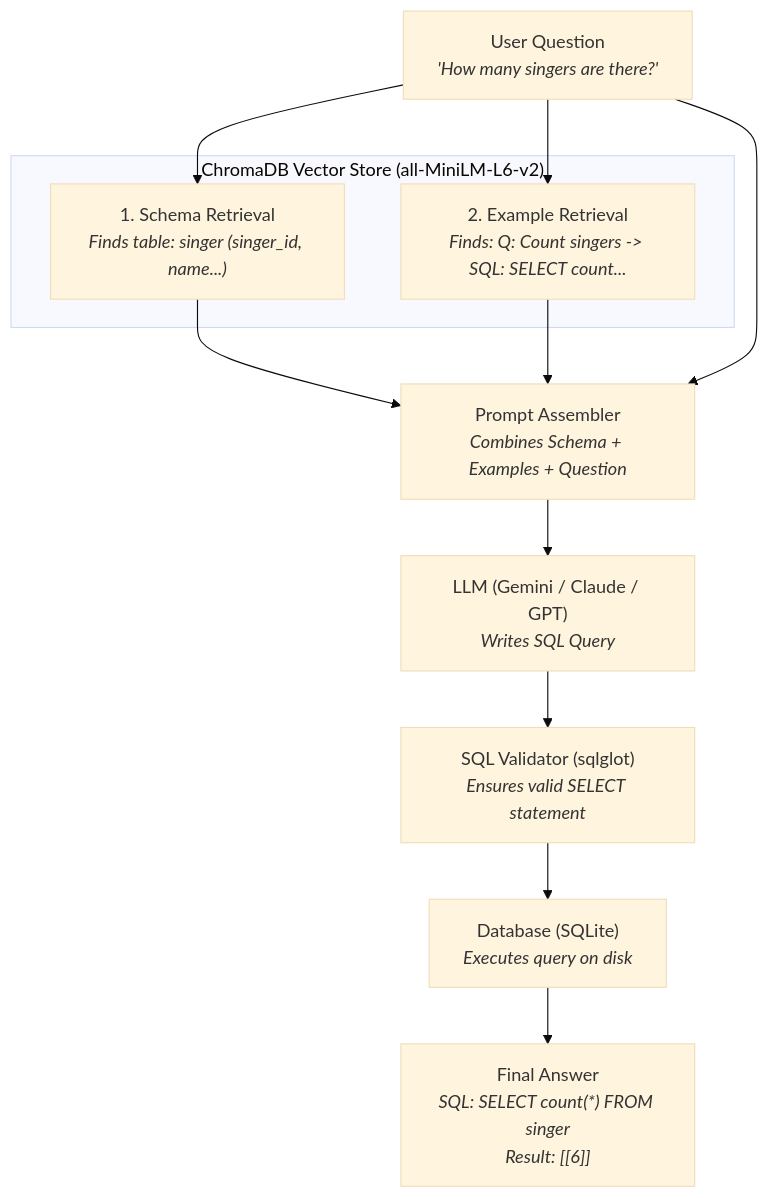
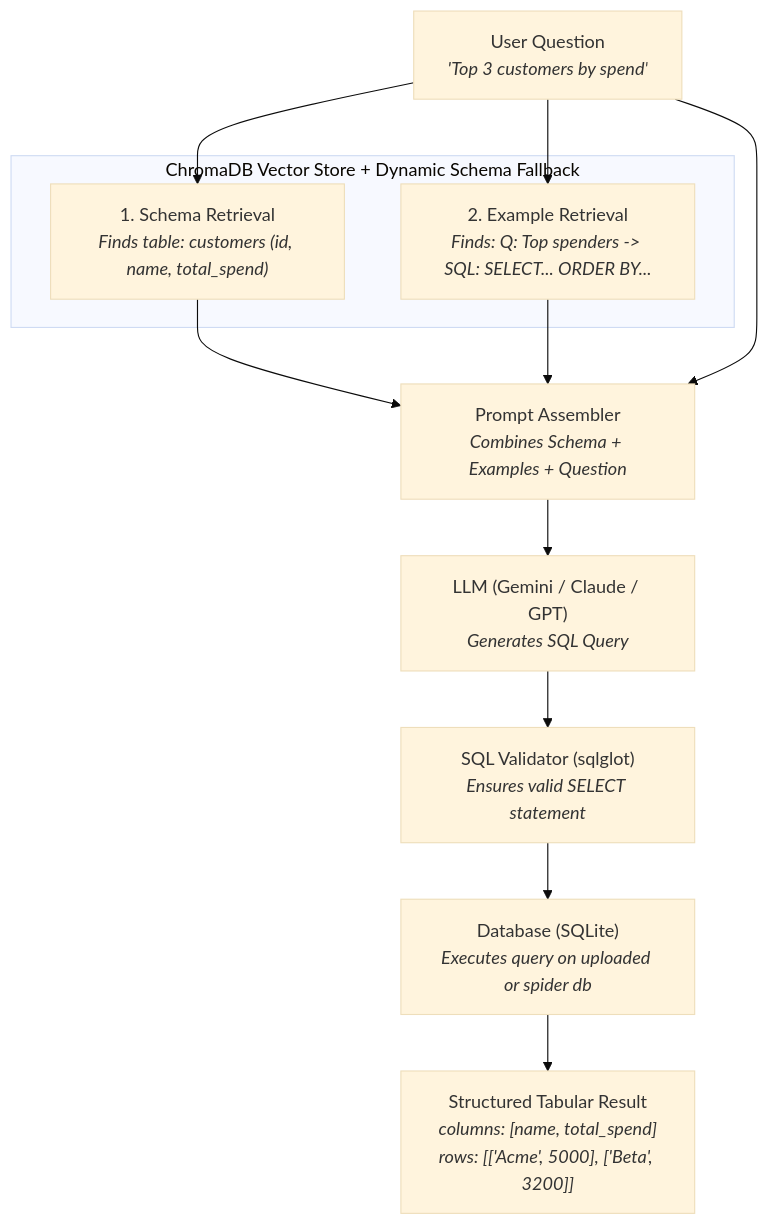
One commit to OmeshGupta123/DataPilot-AI-AI-Powered-Text-to-SQL-Assistant changed the diagram in README.md. Above: the diagram before and after it, drawn with Mermaid (base theme). The commit also changed other lines of this file and 37 other files, not shown here.

Commit message:
feat: add table file upload ingestion, structured query output, and frontend setup

````diff
--- a/README.md
+++ b/README.md
@@ -38,25 +55,25 @@
 ```mermaid
 flowchart TD
-    UserQuestion["User Question<br><i>'How many singers are there?'</i>"]
+    UserQuestion["User Question<br><i>'Top 3 customers by spend'</i>"]
     
-    subgraph DualRAG["ChromaDB Vector Store (all-MiniLM-L6-v2)"]
-        Stream1["1. Schema Retrieval<br><i>Finds table: singer (singer_id, name...)</i>"]
-        Stream2["2. Example Retrieval<br><i>Finds: Q: Count singers -> SQL: SELECT count...</i>"]
+    subgraph DualRAG["ChromaDB Vector Store + Dynamic Schema Fallback"]
+        Stream1["1. Schema Retrieval<br><i>Finds table: customers (id, name, total_spend)</i>"]
+        Stream2["2. Example Retrieval<br><i>Finds: Q: Top spenders -> SQL: SELECT... ORDER BY...</i>"]
     end
     
     Assembler["Prompt Assembler<br><i>Combines Schema + Examples + Question</i>"]
-    LLM["LLM (Gemini / Claude / GPT)<br><i>Writes SQL Query</i>"]
+    LLM["LLM (Gemini / Claude / GPT)<br><i>Generates SQL Query</i>"]
     Validator["SQL Validator (sqlglot)<br><i>Ensures valid SELECT statement</i>"]
-    Database["Database (SQLite)<br><i>Executes query on disk</i>"]
-    FinalAnswer["Final Answer<br><i>SQL: SELECT count(*) FROM singer<br>Result: [[6]]</i>"]
+    Database["Database (SQLite)<br><i>Executes query on uploaded or spider db</i>"]
+    FinalAnswer["Structured Tabular Result<br><i>columns: [name, total_spend]<br>rows: [['Acme', 5000], ['Beta', 3200]]</i>"]
 
     UserQuestion --> Stream1
     UserQuestion --> Stream2
     Stream1 --> Assembler
     Stream2 --> Assembler
     UserQuestion --> Assembler
     Assembler --> LLM
     LLM --> Validator
     Validator --> Database
     Database --> FinalAnswer
 ```
````
